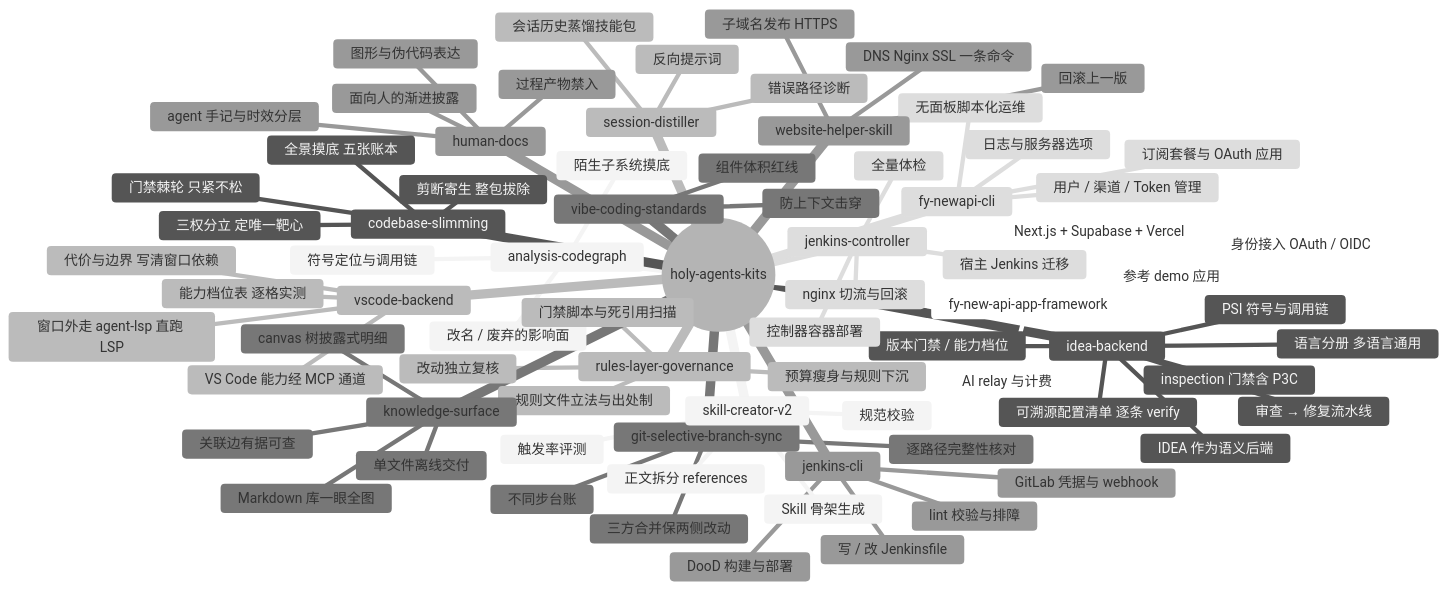
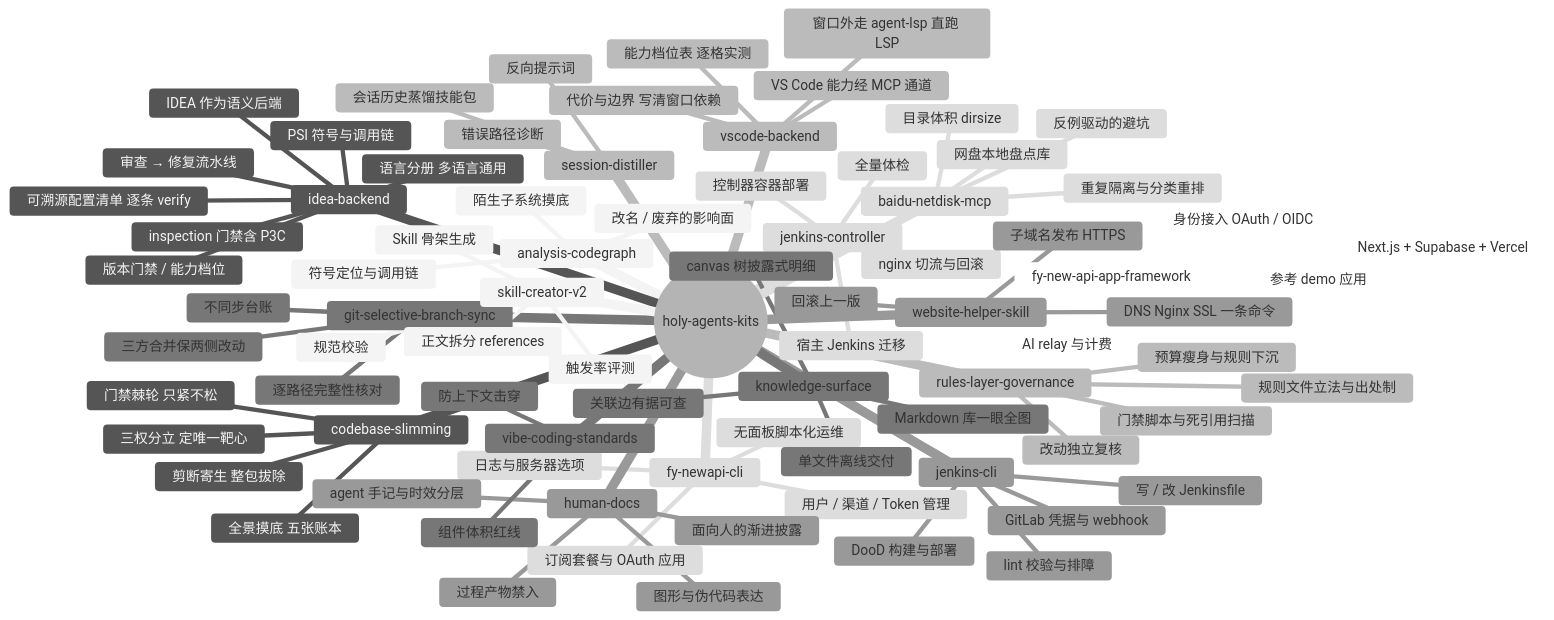
Before and after one commit to monsterbude123/holy-agents-kits: the diagram in README.md, drawn with Mermaid (neutral theme). The commit also changed other lines of this file and 13 other files, not shown here.

First line of the commit message:
feat(baidu-netdisk-mcp): 新增百度网盘盘点与治理技能，发布 0.12.0

````diff
--- a/README.md
+++ b/README.md
@@ -90,4 +90,9 @@
       子域名发布 HTTPS
       DNS Nginx SSL 一条命令
       回滚上一版
+    baidu-netdisk-mcp
+      网盘本地盘点库
+      目录体积 dirsize
+      重复隔离与分类重排
+      反例驱动的避坑
 ```
````
